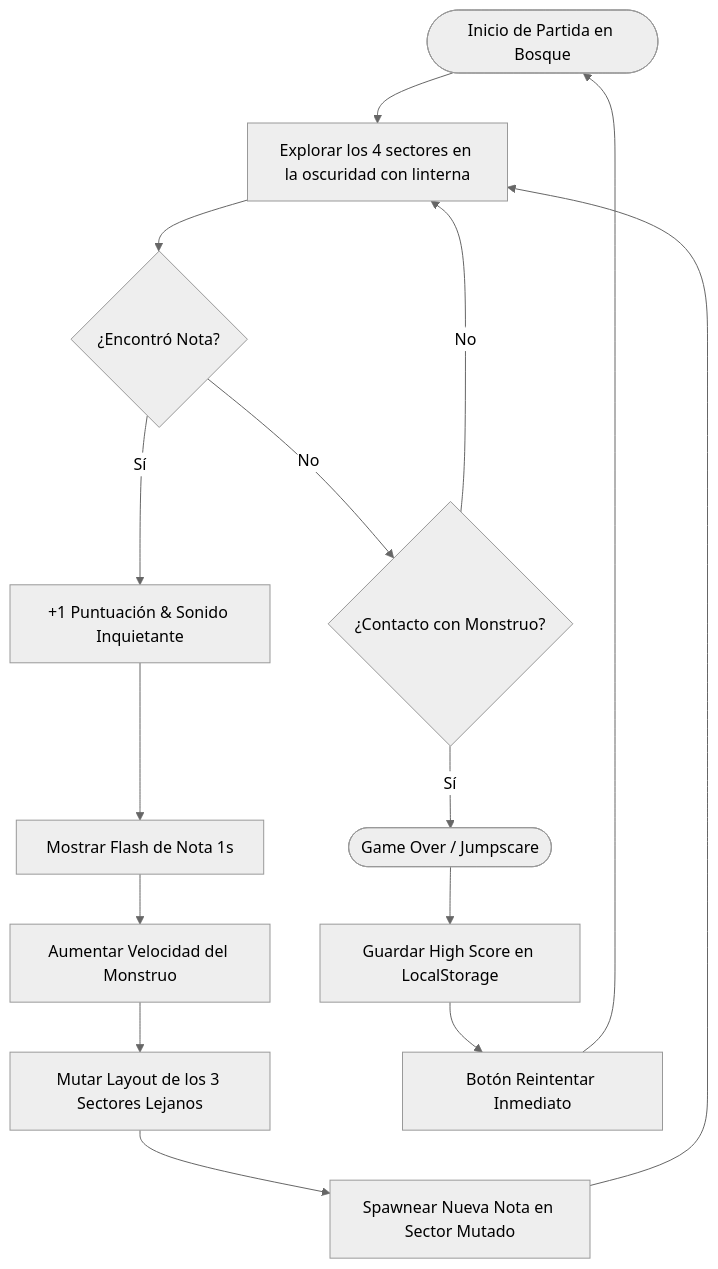
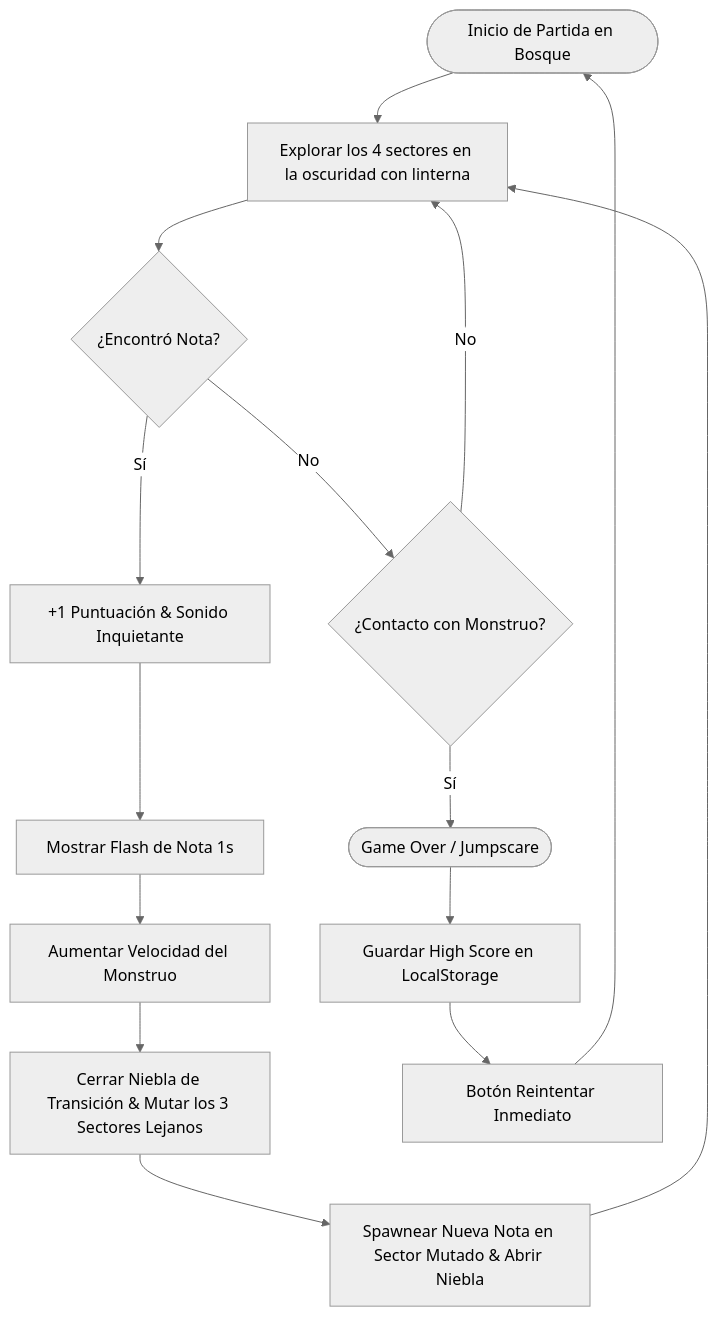
Before and after one commit to EmGamex/vosque: the first of 2 diagrams in docs/gameplay/mecanicas_y_entidades.md, drawn with Mermaid (neutral theme). The commit also changed other lines of this file and 8 other files, not shown here.

````diff
--- a/docs/gameplay/mecanicas_y_entidades.md
+++ b/docs/gameplay/mecanicas_y_entidades.md
@@ -9,17 +9,17 @@
 ```mermaid
 flowchart TD
     A([Inicio de Partida en Bosque]) --> B[Explorar los 4 sectores en la oscuridad con linterna]
     B --> C{¿Encontró Nota?}
     C -- Sí --> D[+1 Puntuación & Sonido Inquietante]
     D --> E[Mostrar Flash de Nota 1s]
     E --> F[Aumentar Velocidad del Monstruo]
-    F --> G[Mutar Layout de los 3 Sectores Lejanos]
-    G --> H[Spawnear Nueva Nota en Sector Mutado]
+    F --> G[Cerrar Niebla de Transición & Mutar los 3 Sectores Lejanos]
+    G --> H[Spawnear Nueva Nota en Sector Mutado & Abrir Niebla]
     H --> B
     C -- No --> I{¿Contacto con Monstruo?}
     I -- No --> B
     I -- Sí --> J([Game Over / Jumpscare])
     J --> K[Guardar High Score en LocalStorage]
     K --> L[Botón Reintentar Inmediato]
     L --> A
 ```
````
